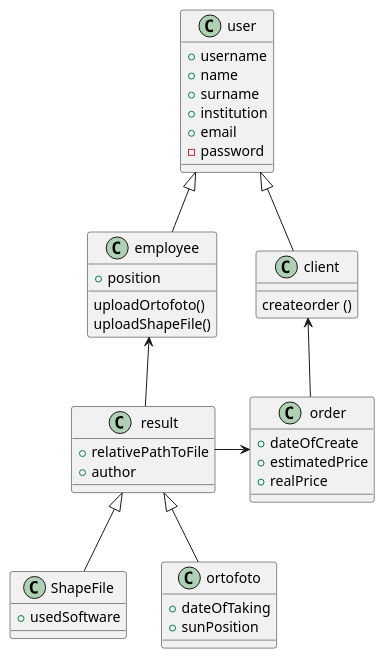
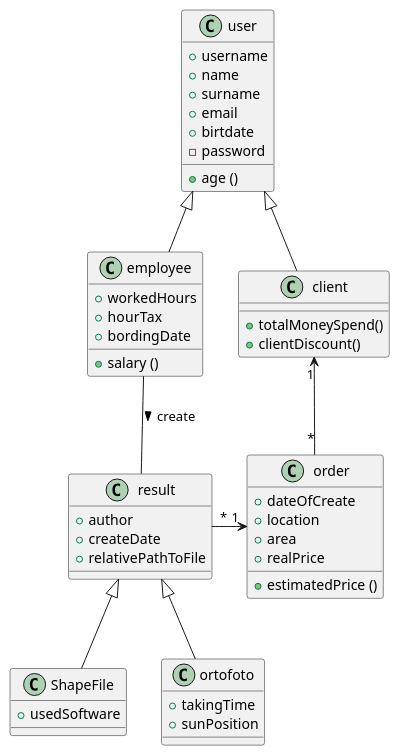
The first of 2 diagrams in SecondSemester/Database/Project.md (Bezobsahu/MyMasterDegree), drawn with PlantUML before and after one commit. The commit also changed other lines of this file and 34 other files, not shown here.

````diff
--- a/SecondSemester/Database/Project.md
+++ b/SecondSemester/Database/Project.md
@@ -5,54 +6,60 @@
 ```plantUML
 
 class user {
     + username
     + name
     + surname
-    + institution
     + email
+    + birtdate
     - password
+    + age ()
 }
 user <|-- client
 user <|-- employee
 
     class client {
-    
-        createorder ()
+        + totalMoneySpend()
+        + clientDiscount()
+        
     }
 
     class employee {
-        +position
-        uploadOrtofoto()
-        uploadShapeFile()
+        + workedHours
+        + hourTax
+        + bordingDate
+        + salary ()
     }
-client <-- order
+client "1"<--"*" order
 class order {
     + dateOfCreate
-    + estimatedPrice
+    + location
+    + area
+    + estimatedPrice ()
     + realPrice
     
 
 
 }
 
 class result {
+    + author
+    + createDate
     + relativePathToFile
-    + author
 }
-result -> order
+result "*"->"1" order
 result <|-- ShapeFile
 
 class ShapeFile {
     + usedSoftware
 }
 result <|-- ortofoto
 
 class ortofoto{
-    + dateOfTaking
+    + takingTime
     + sunPosition
 
 }
 
 
-employee <-- result
+employee -- result: create >
 ```
````
